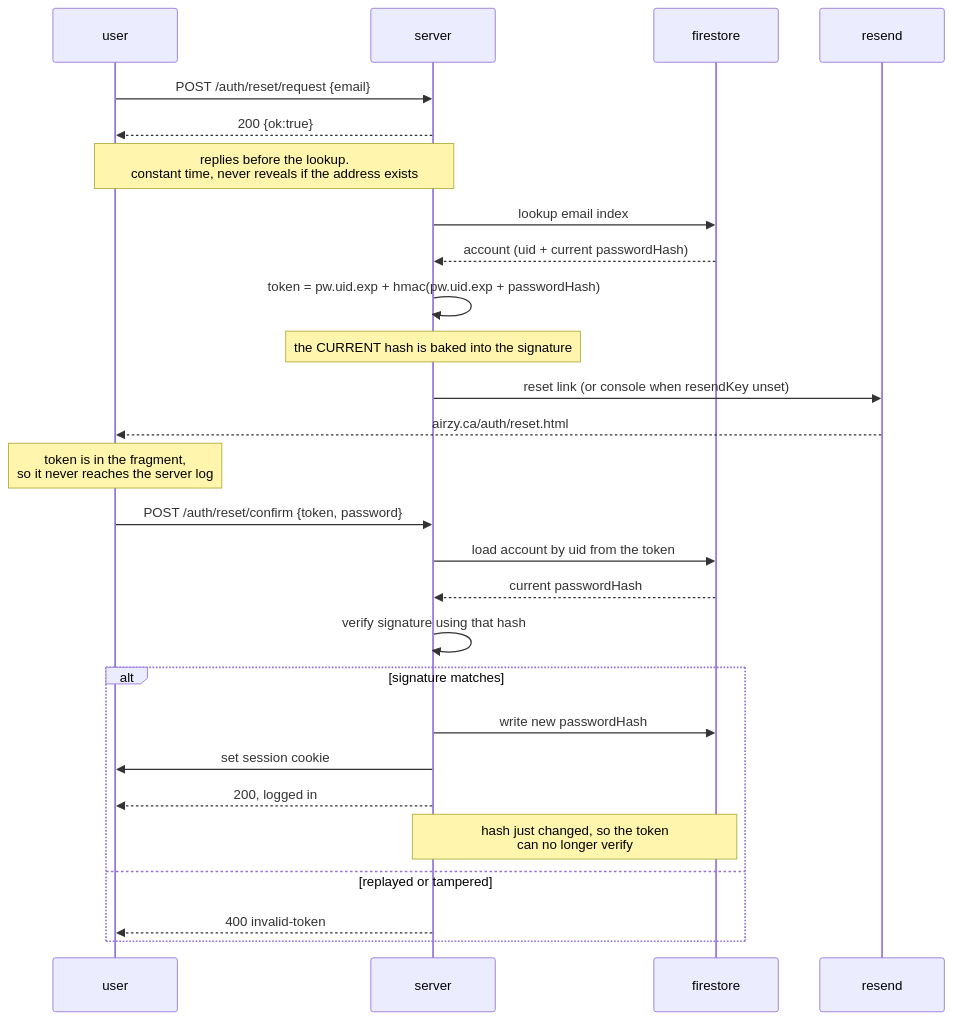
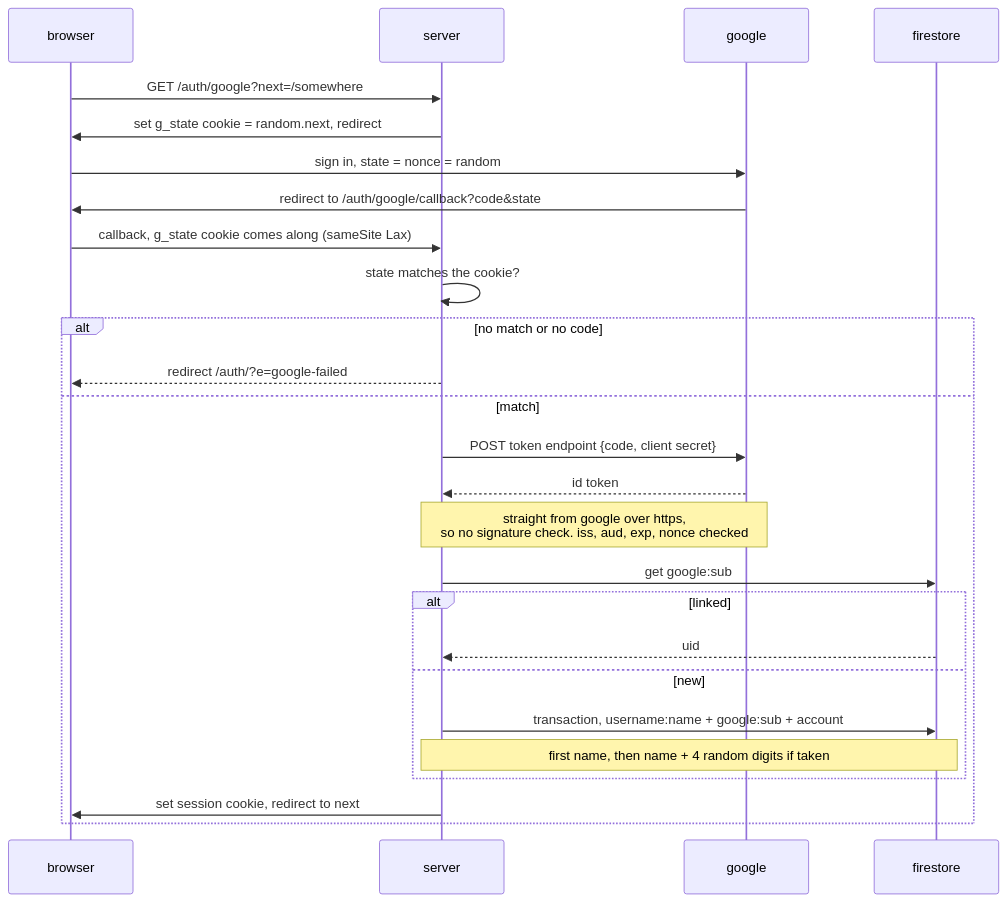
Before and after one commit to Air-zy/airWebsite: the fourth of 7 diagrams in ARCHITECTURE.md, drawn with Mermaid. The commit also changed other lines of this file and 22 other files, not shown here.

````diff
--- a/ARCHITECTURE.md
+++ b/ARCHITECTURE.md
@@ -110,33 +107,30 @@
 ```mermaid
 sequenceDiagram
-  participant U as user
+  participant U as browser
   participant S as server
+  participant G as google
   participant F as firestore
-  participant MAIL as resend
 
-  U->>S: POST /auth/reset/request {email}
-  S-->>U: 200 {ok:true}
-  Note over S,U: replies before the lookup.<br/>constant time, never reveals if the address exists
+  U->>S: GET /auth/google?next=/somewhere
+  S->>U: set g_state cookie = random.next, redirect
+  U->>G: sign in, state = nonce = random
+  G->>U: redirect to /auth/google/callback?code&state
+  U->>S: callback, g_state cookie comes along (sameSite Lax)
+  S->>S: state matches the cookie?
 
-  S->>F: lookup email index
-  F-->>S: account (uid + current passwordHash)
-  S->>S: token = pw.uid.exp + hmac(pw.uid.exp + passwordHash)
-  Note over S: the CURRENT hash is baked into the signature
-  S->>MAIL: reset link (or console when resendKey unset)
-  MAIL-->>U: airzy.ca/auth/reset.html#t=token
-  Note over U: token is in the fragment,<br/>so it never reaches the server log
-
-  U->>S: POST /auth/reset/confirm {token, password}
-  S->>F: load account by uid from the token
-  F-->>S: current passwordHash
-  S->>S: verify signature using that hash
-
-  alt signature matches
-    S->>F: write new passwordHash
-    S->>U: set session cookie
-    S-->>U: 200, logged in
-    Note over S,F: hash just changed, so the token<br/>can no longer verify
-  else replayed or tampered
-    S-->>U: 400 invalid-token
+  alt no match or no code
+    S-->>U: redirect /auth/?e=google-failed
+  else match
+    S->>G: POST token endpoint {code, client secret}
+    G-->>S: id token
+    Note over S,G: straight from google over https,<br/>so no signature check. iss, aud, exp, nonce checked
+    S->>F: get google:sub
+    alt linked
+      F-->>S: uid
+    else new
+      S->>F: transaction, username:name + google:sub + account
+      Note over S,F: first name, then name + 4 random digits if taken
+    end
+    S->>U: set session cookie, redirect to next
   end
 ```
````
